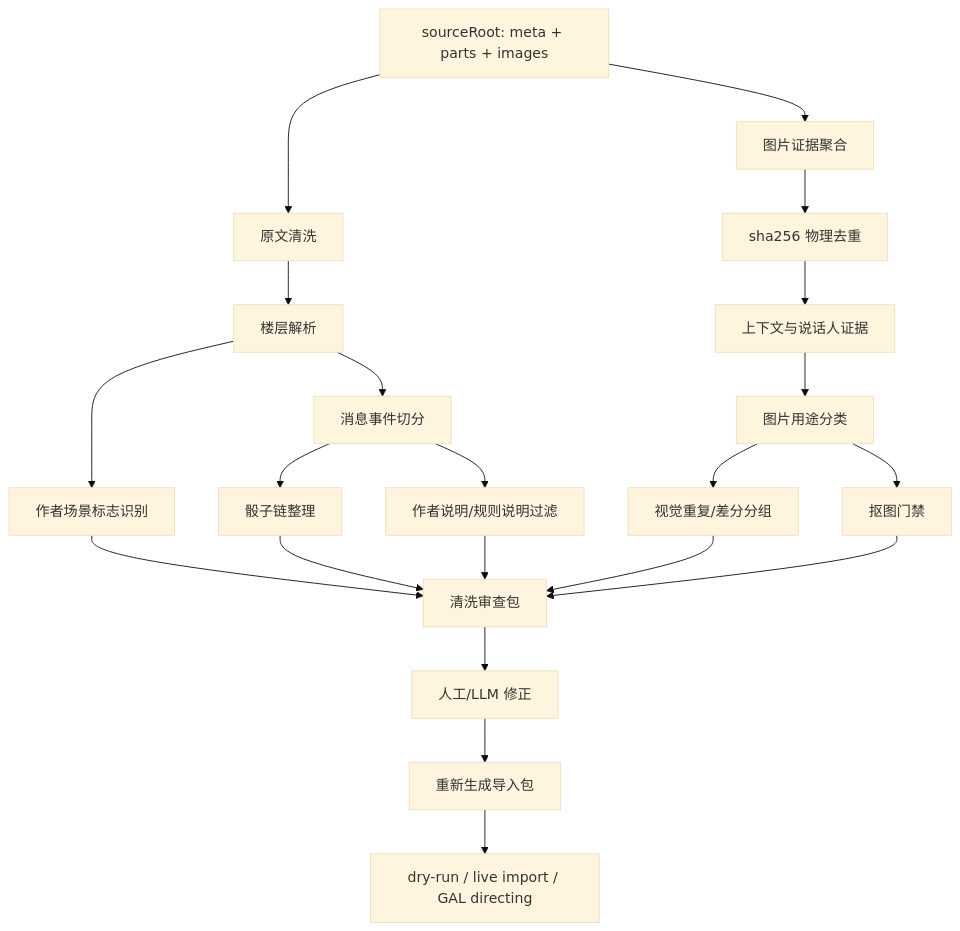
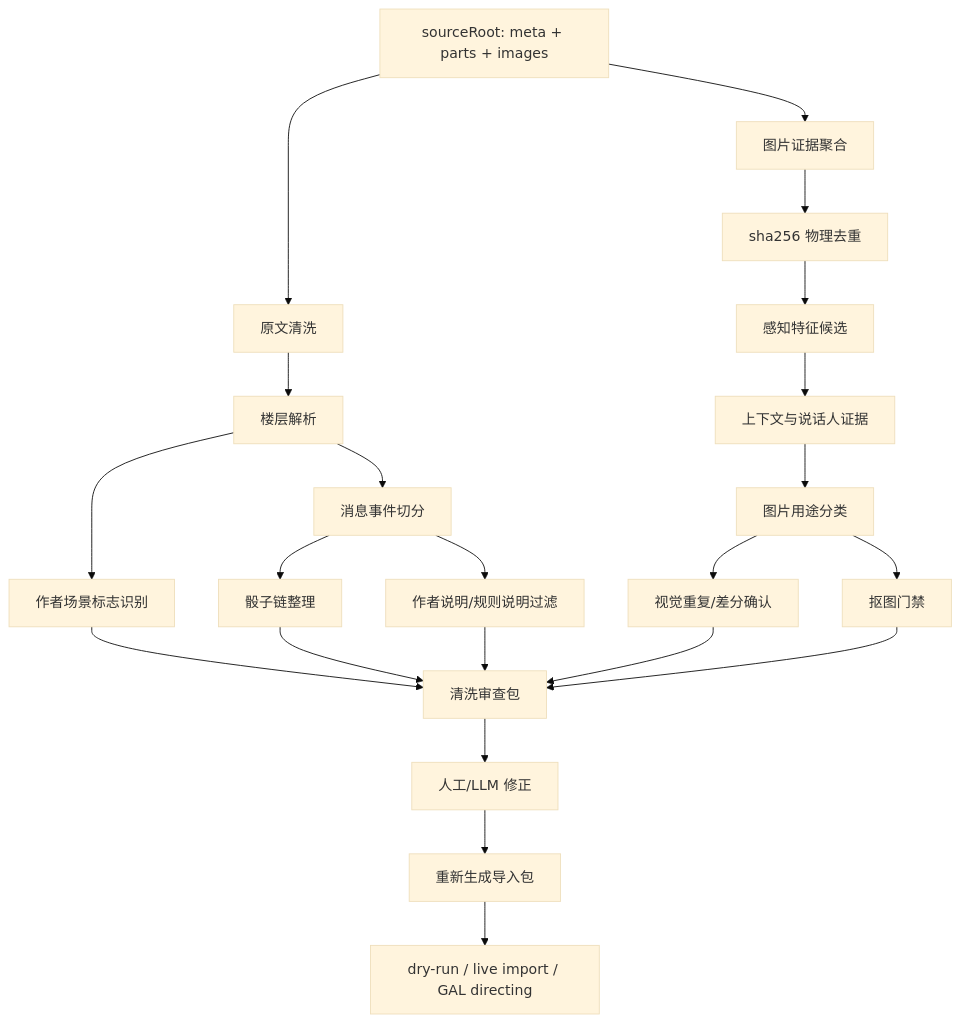
Before and after one commit to starrybamboo/tuan-chat-web: the first of 10 diagrams in docs/reference/gululu-replay-data-cleaning-review.md, drawn with Mermaid (base theme). The commit also changed other lines of this file, not shown here.

````diff
--- a/docs/reference/gululu-replay-data-cleaning-review.md
+++ b/docs/reference/gululu-replay-data-cleaning-review.md
@@ -37,27 +38,28 @@
 ```mermaid
 flowchart TD
   A["sourceRoot: meta + parts + images"] --> B["原文清洗"]
   A --> C["图片证据聚合"]
 
   B --> B1["楼层解析"]
   B1 --> B2["作者场景标志识别"]
   B1 --> B3["消息事件切分"]
   B3 --> B4["骰子链整理"]
   B3 --> B5["作者说明/规则说明过滤"]
 
   C --> C1["sha256 物理去重"]
-  C1 --> C2["上下文与说话人证据"]
-  C2 --> C3["图片用途分类"]
-  C3 --> C4["视觉重复/差分分组"]
-  C3 --> C5["抠图门禁"]
+  C1 --> C2["感知特征候选"]
+  C2 --> C3["上下文与说话人证据"]
+  C3 --> C4["图片用途分类"]
+  C4 --> C5["视觉重复/差分确认"]
+  C4 --> C6["抠图门禁"]
 
   B2 --> D["清洗审查包"]
   B4 --> D
   B5 --> D
-  C4 --> D
   C5 --> D
+  C6 --> D
 
   D --> E["人工/LLM 修正"]
   E --> F["重新生成导入包"]
   F --> G["dry-run / live import / GAL directing"]
 ```
````
